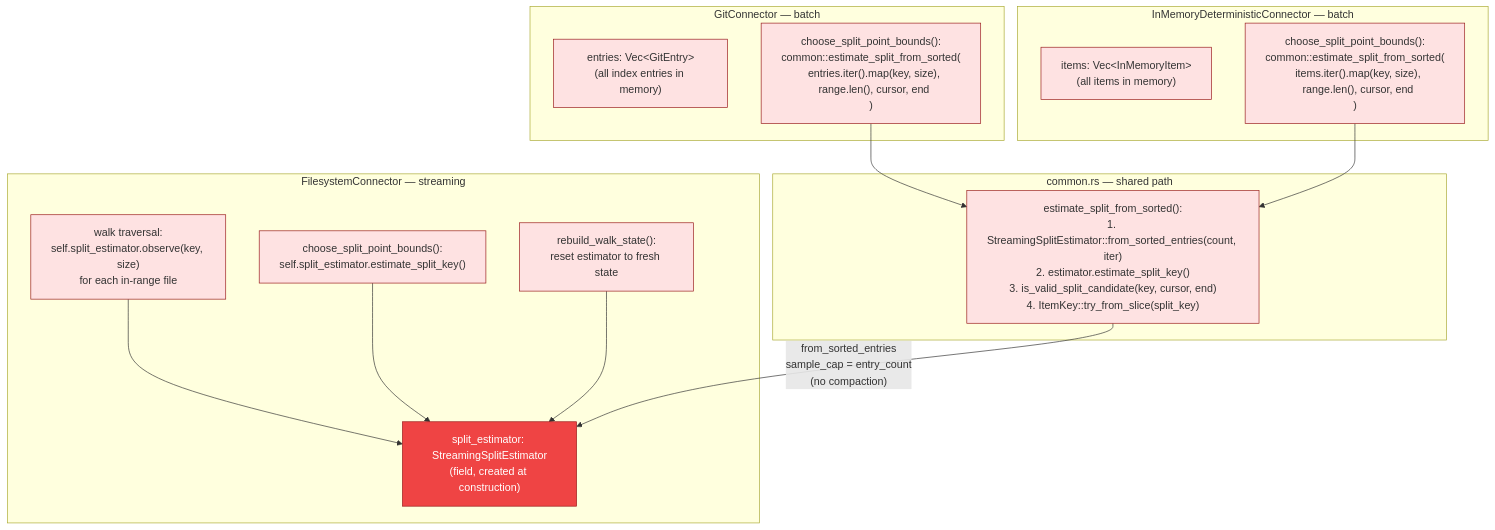
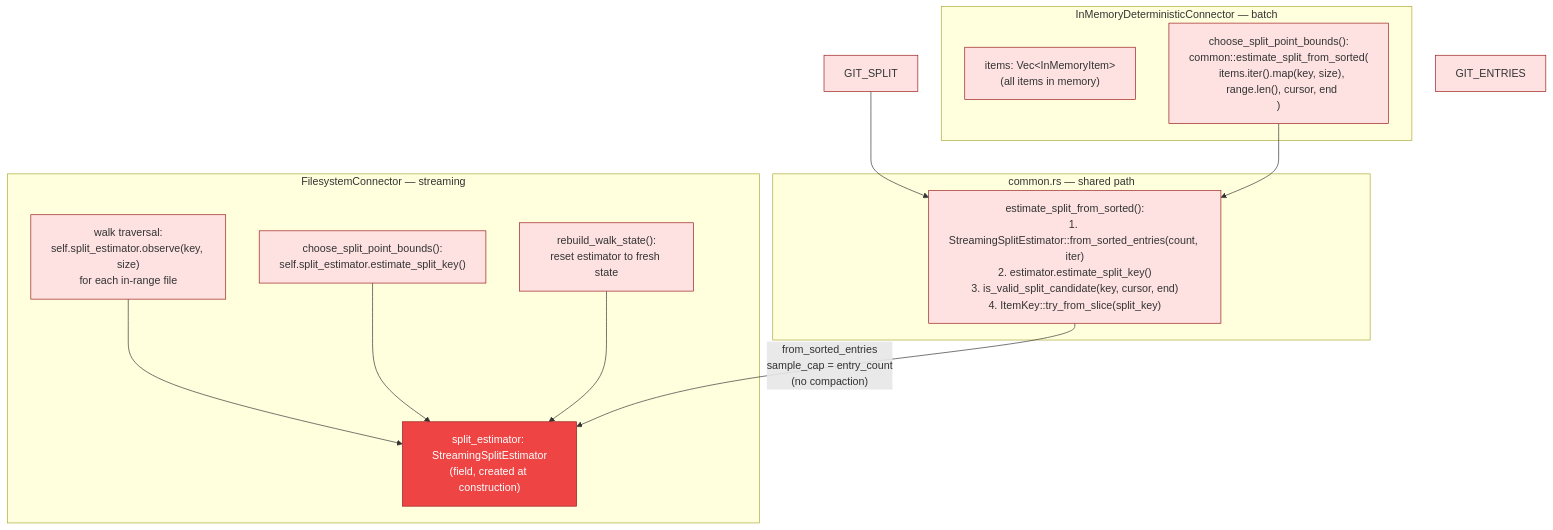
One commit to ahrav/Gossip-rs changed the fifth of 5 diagrams in diagrams/18-streaming-split-estimation.md. Above: the diagram before and after it, drawn with Mermaid. The commit also changed other lines of this file and 8 other files, not shown here.

Commit message:
Remove GitConnector from architecture documentation

````diff
--- a/diagrams/18-streaming-split-estimation.md
+++ b/diagrams/18-streaming-split-estimation.md
@@ -297,42 +297,37 @@
 ```mermaid
 %% Diagram: connector-integration
 graph TD
     subgraph FS ["FilesystemConnector — streaming"]
         FS_FIELD["split_estimator: StreamingSplitEstimator<br/>(field, created at construction)"]
         FS_ENUM["walk traversal:<br/>self.split_estimator.observe(key, size)<br/>for each in-range file"]
         FS_SPLIT["choose_split_point_bounds():<br/>self.split_estimator.estimate_split_key()"]
         FS_RESET["rebuild_walk_state():<br/>reset estimator to fresh state"]
-    end
-
-    subgraph GIT ["GitConnector — batch"]
-        GIT_ENTRIES["entries: Vec&lt;GitEntry&gt;<br/>(all index entries in memory)"]
-        GIT_SPLIT["choose_split_point_bounds():<br/>common::estimate_split_from_sorted(<br/>  entries.iter().map(key, size),<br/>  range.len(), cursor, end<br/>)"]
     end
 
     subgraph MEM ["InMemoryDeterministicConnector — batch"]
         MEM_ITEMS["items: Vec&lt;InMemoryItem&gt;<br/>(all items in memory)"]
         MEM_SPLIT["choose_split_point_bounds():<br/>common::estimate_split_from_sorted(<br/>  items.iter().map(key, size),<br/>  range.len(), cursor, end<br/>)"]
     end
 
     subgraph Common ["common.rs — shared path"]
         EST_SORTED["estimate_split_from_sorted():<br/>1. StreamingSplitEstimator::from_sorted_entries(count, iter)<br/>2. estimator.estimate_split_key()<br/>3. is_valid_split_candidate(key, cursor, end)<br/>4. ItemKey::try_from_slice(split_key)"]
     end
 
     FS_ENUM --> FS_FIELD
     FS_SPLIT --> FS_FIELD
     FS_RESET --> FS_FIELD
 
     GIT_SPLIT --> EST_SORTED
     MEM_SPLIT --> EST_SORTED
     EST_SORTED -->|"from_sorted_entries<br/>sample_cap = entry_count<br/>(no compaction)"| FS_FIELD
 
     style FS_FIELD fill:#EF4444,stroke:#991B1B,color:#fff
     style FS_ENUM fill:#FEE2E2,stroke:#991B1B
     style FS_SPLIT fill:#FEE2E2,stroke:#991B1B
     style FS_RESET fill:#FEE2E2,stroke:#991B1B
     style GIT_ENTRIES fill:#FEE2E2,stroke:#991B1B
     style GIT_SPLIT fill:#FEE2E2,stroke:#991B1B
     style MEM_ITEMS fill:#FEE2E2,stroke:#991B1B
     style MEM_SPLIT fill:#FEE2E2,stroke:#991B1B
     style EST_SORTED fill:#FEE2E2,stroke:#991B1B
 ```
````
